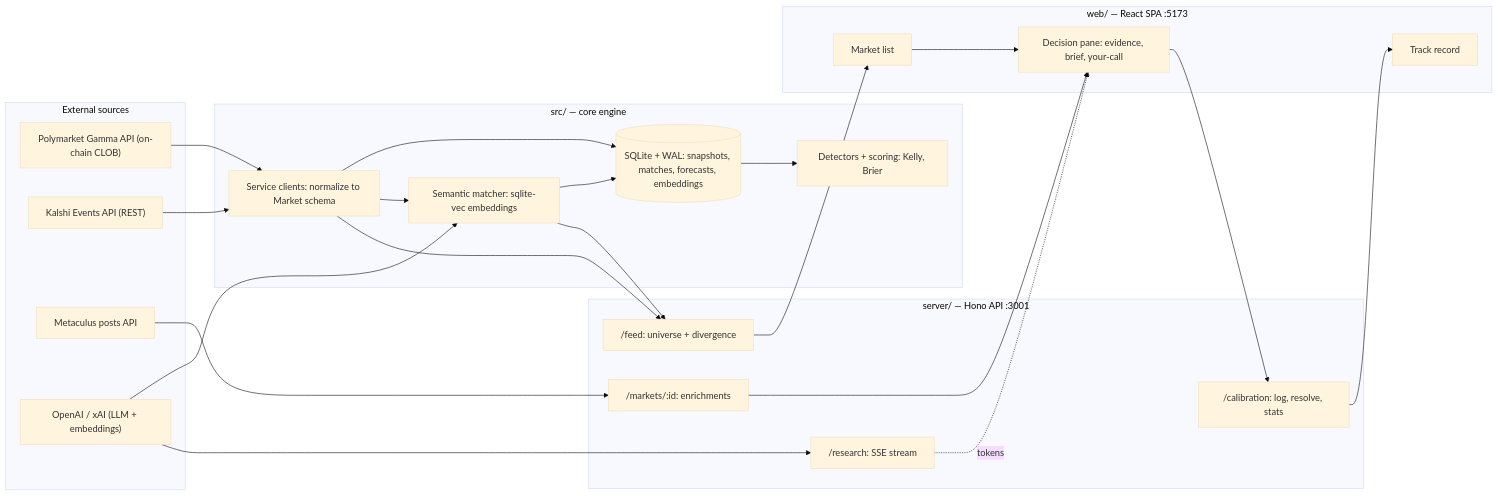
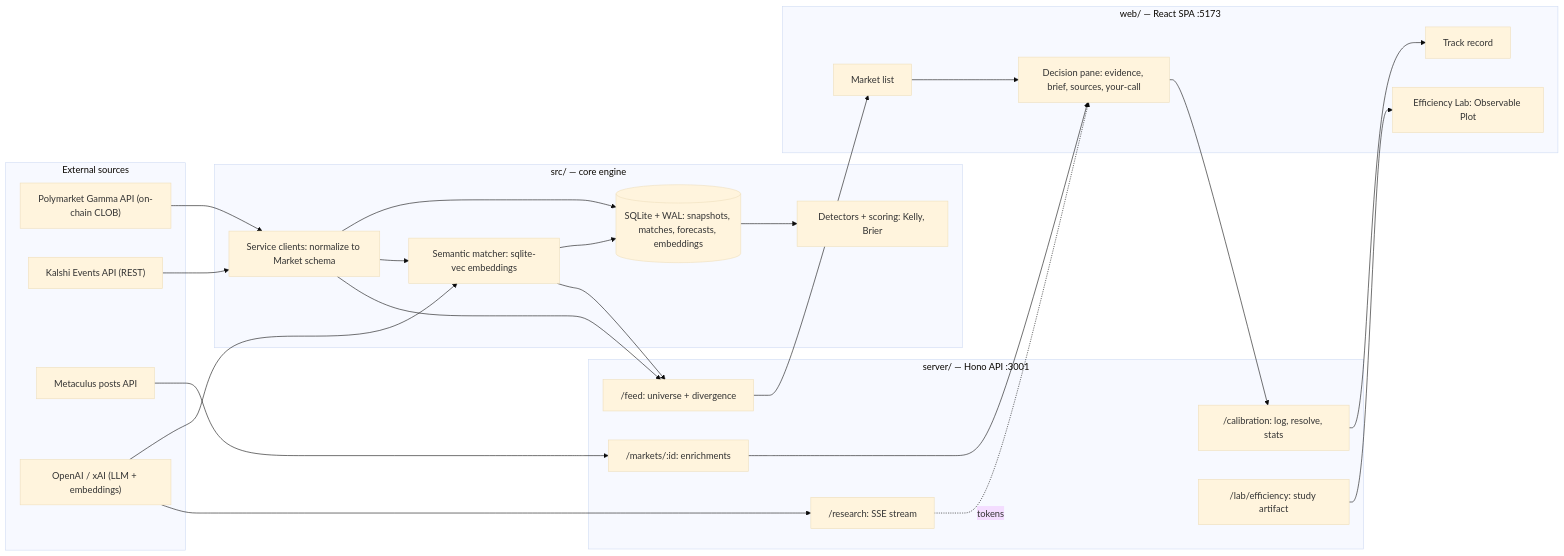
One commit to anikeitvadi/parity changed the first of 3 diagrams in docs/ARCHITECTURE.md. Above: the diagram before and after it, drawn with Mermaid (base theme). The commit also changed other lines of this file and 35 other files, not shown here.

First line of the commit message:
feat: Lab visuals, persisted study, brief evals, honest sources

````diff
--- a/docs/ARCHITECTURE.md
+++ b/docs/ARCHITECTURE.md
@@ -9,43 +9,46 @@
 ```mermaid
 flowchart LR
     subgraph ext["External sources"]
         PM["Polymarket Gamma API (on-chain CLOB)"]
         KAL["Kalshi Events API (REST)"]
         MET["Metaculus posts API"]
         OAI["OpenAI / xAI (LLM + embeddings)"]
     end
 
     subgraph core["src/ — core engine"]
         SVC["Service clients: normalize to Market schema"]
         EMB["Semantic matcher: sqlite-vec embeddings"]
         DET["Detectors + scoring: Kelly, Brier"]
         DB[("SQLite + WAL: snapshots, matches, forecasts, embeddings")]
     end
 
     subgraph srv["server/ — Hono API :3001"]
         FEED["/feed: universe + divergence"]
         MKT["/markets/:id: enrichments"]
         RES["/research: SSE stream"]
         CAL["/calibration: log, resolve, stats"]
+        LABE["/lab/efficiency: study artifact"]
     end
 
     subgraph web["web/ — React SPA :5173"]
         LIST["Market list"]
-        PANE["Decision pane: evidence, brief, your-call"]
+        PANE["Decision pane: evidence, brief, sources, your-call"]
         TRK["Track record"]
+        LAB["Efficiency Lab: Observable Plot"]
     end
 
     PM & KAL --> SVC --> DB
     MET --> MKT
     SVC --> EMB
     OAI --> EMB
     EMB --> DB
     DB --> DET
     SVC --> FEED
     EMB --> FEED
     OAI --> RES
     FEED --> LIST --> PANE
     MKT --> PANE
     RES -. tokens .-> PANE
     PANE --> CAL --> TRK
+    LABE --> LAB
 ```
````
